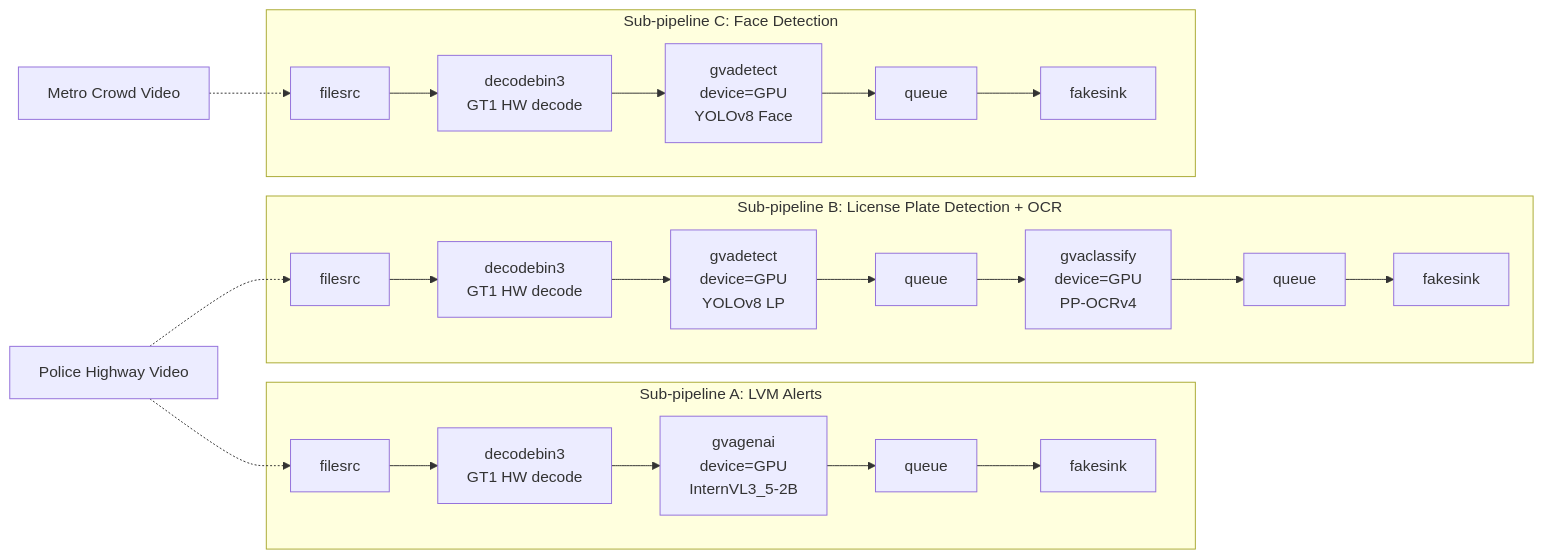
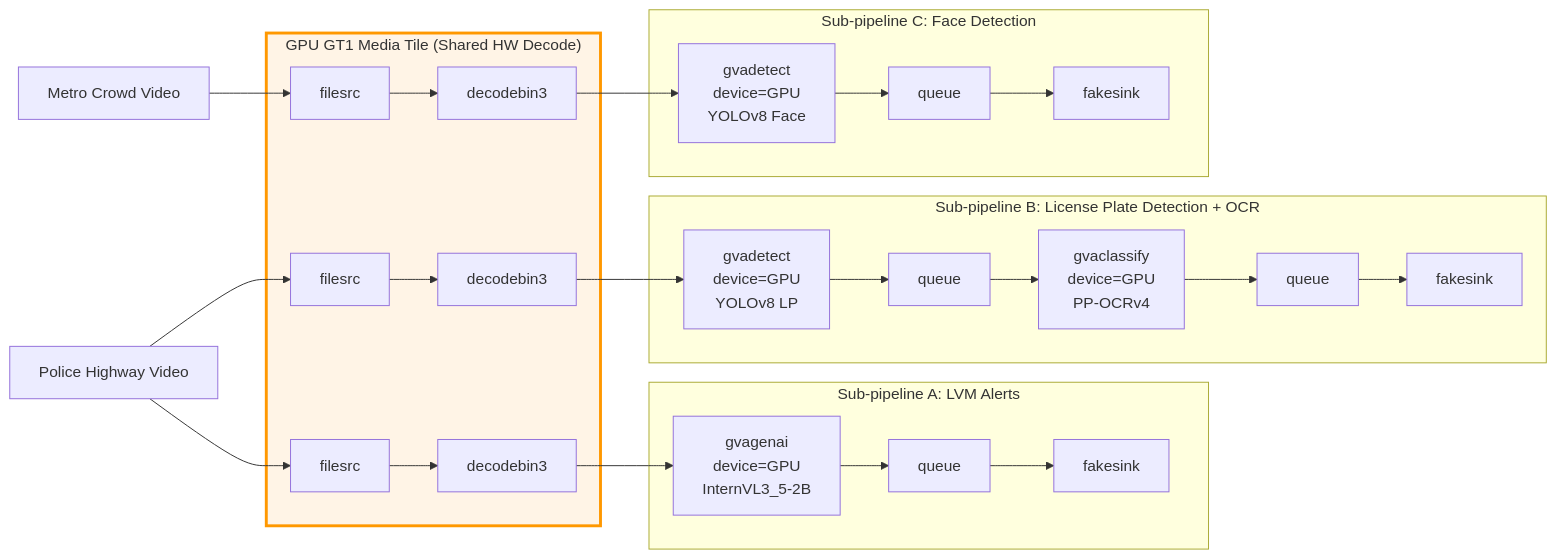
Before and after one commit to open-edge-platform/dlstreamer: the second of 3 diagrams in docs/user-guide/dev_guide/heterogeneous_systems_guide.md, drawn with Mermaid. The commit also changed other lines of this file, not shown here.

Commit message:
Update diagrams

````diff
--- a/docs/user-guide/dev_guide/heterogeneous_systems_guide.md
+++ b/docs/user-guide/dev_guide/heterogeneous_systems_guide.md
@@ -272,18 +266,29 @@
 ```mermaid
 flowchart LR
+    Video1["Police Highway Video"]
+    Video2["Metro Crowd Video"]
+    
+    Video1 --> V1A[filesrc]
+    Video1 --> V1B[filesrc]
+    Video2 --> V2[filesrc]
+    
+    subgraph GT1["GPU GT1 Media Tile (Shared HW Decode)"]
+        V1A --> D1[decodebin3]
+        V1B --> D2[decodebin3]
+        V2 --> D3[decodebin3]
+    end
+    
     subgraph SubA["Sub-pipeline A: LVM Alerts"]
-        V1A[filesrc] --> D1["decodebin3<br/>GT1 HW decode"] --> LVM["gvagenai<br/>device=GPU<br/>InternVL3_5-2B"] --> Q1[queue] --> F1[fakesink]
+        D1 --> LVM["gvagenai<br/>device=GPU<br/>InternVL3_5-2B"] --> Q1[queue] --> F1[fakesink]
     end
-
+    
     subgraph SubB["Sub-pipeline B: License Plate Detection + OCR"]
-        V1B[filesrc] --> D2["decodebin3<br/>GT1 HW decode"] --> DET["gvadetect<br/>device=GPU<br/>YOLOv8 LP"] --> Q2[queue] --> OCR["gvaclassify<br/>device=GPU<br/>PP-OCRv4"] --> Q3[queue] --> F2[fakesink]
+        D2 --> DET["gvadetect<br/>device=GPU<br/>YOLOv8 LP"] --> Q2[queue] --> OCR["gvaclassify<br/>device=GPU<br/>PP-OCRv4"] --> Q3[queue] --> F2[fakesink]
     end
-
+    
     subgraph SubC["Sub-pipeline C: Face Detection"]
-        V2[filesrc] --> D3["decodebin3<br/>GT1 HW decode"] --> FACE["gvadetect<br/>device=GPU<br/>YOLOv8 Face"] --> Q4[queue] --> F3[fakesink]
+        D3 --> FACE["gvadetect<br/>device=GPU<br/>YOLOv8 Face"] --> Q4[queue] --> F3[fakesink]
     end
-
-    Video1["Police Highway Video"] -.-> V1A
-    Video1 -.-> V1B
-    Video2["Metro Crowd Video"] -.-> V2
+    
+    style GT1 fill:#fff4e6,stroke:#ff9800,stroke-width:3px
 ```
````
